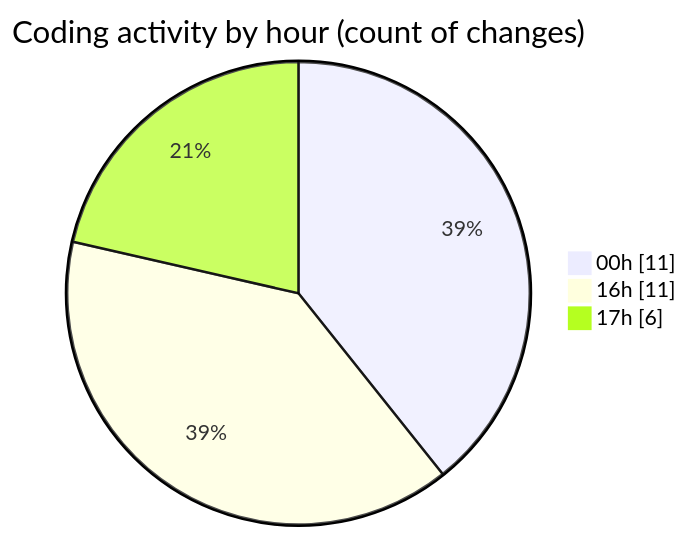
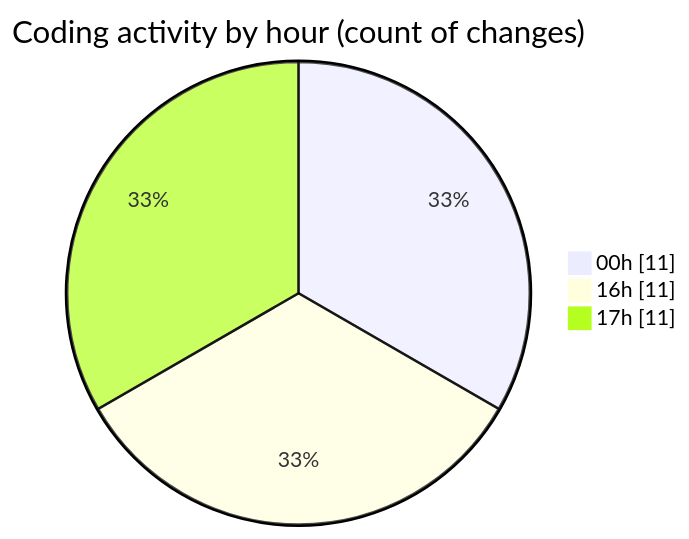
Before and after one commit to julien-gomy/code-tracking: the second of 2 diagrams in 2025-11-26/eventscop-api-guide__workspace_/README.md, drawn with Mermaid. The commit also changed other lines of this file and 1 other file, not shown here.

````diff
--- a/2025-11-26/eventscop-api-guide__workspace_/README.md
+++ b/2025-11-26/eventscop-api-guide__workspace_/README.md
@@ -36,7 +38,7 @@
 ```mermaid
 pie showData
 title Coding activity by hour (count of changes)
 "00h" : 11
 "16h" : 11
-"17h" : 6
+"17h" : 11
 ```
````
